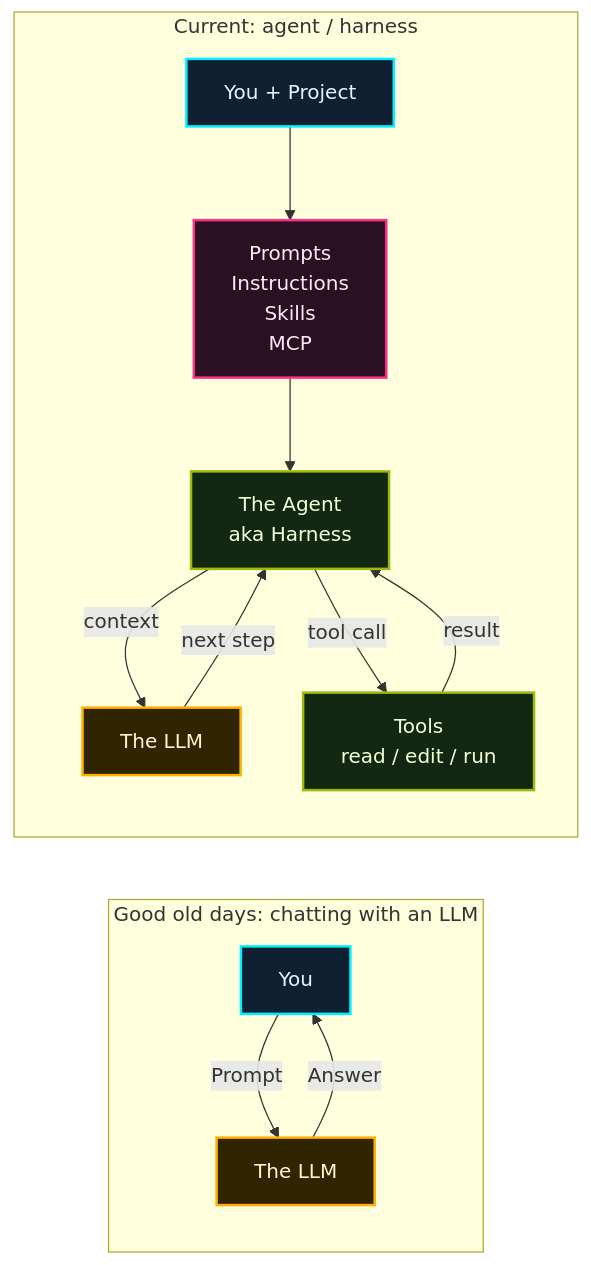
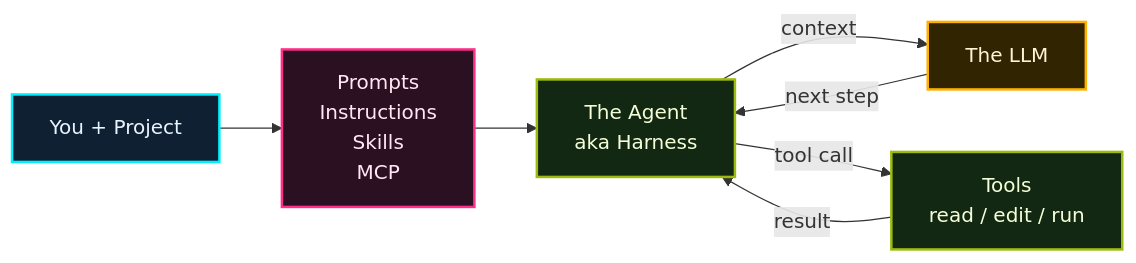
One commit to theomonfort/theomonfort changed the second of 2 diagrams in src/content/glossary/agent.md. Above: the diagram before and after it, drawn with Mermaid. The commit also changed other lines of this file, not shown here.

Commit message:
Split Agent evolution slides

````diff
--- a/src/content/glossary/agent.md
+++ b/src/content/glossary/agent.md
@@ -21,25 +33,18 @@
 ```mermaid
 flowchart LR
-  subgraph Old["Good old days: chatting with an LLM"]
-    You[You] -->|Prompt| LLM[The LLM]
-    LLM -->|Answer| You
-  end
-
-  subgraph Now["Current: agent / harness"]
-    Project[You + Project] --> Inputs[Prompts<br/>Instructions<br/>Skills<br/>MCP]
-    Inputs --> Agent[The Agent<br/>aka Harness]
-    Agent -->|context| Model[The LLM]
-    Model -->|next step| Agent
-    Agent -->|tool call| Tools[Tools<br/>read / edit / run]
-    Tools -->|result| Agent
-  end
+  Project[You + Project] --> Inputs[Prompts<br/>Instructions<br/>Skills<br/>MCP]
+  Inputs --> Agent[The Agent<br/>aka Harness]
+  Agent -->|context| LLM[The LLM]
+  LLM -->|next step| Agent
+  Agent -->|tool call| Tools[Tools<br/>read / edit / run]
+  Tools -->|result| Agent
 
   classDef human fill:#102033,stroke:#00f0ff,color:#e8f4ff,stroke-width:2px;
   classDef llm fill:#302500,stroke:#ffb000,color:#fff4d6,stroke-width:2px;
   classDef agent fill:#132812,stroke:#9bbc0f,color:#f4ffd8,stroke-width:2px;
   classDef context fill:#2a1020,stroke:#ff2e88,color:#ffe8f4,stroke-width:2px;
-  class You,Project human;
-  class LLM,Model llm;
+  class Project human;
+  class LLM llm;
   class Agent,Tools agent;
   class Inputs context;
 ```
````
